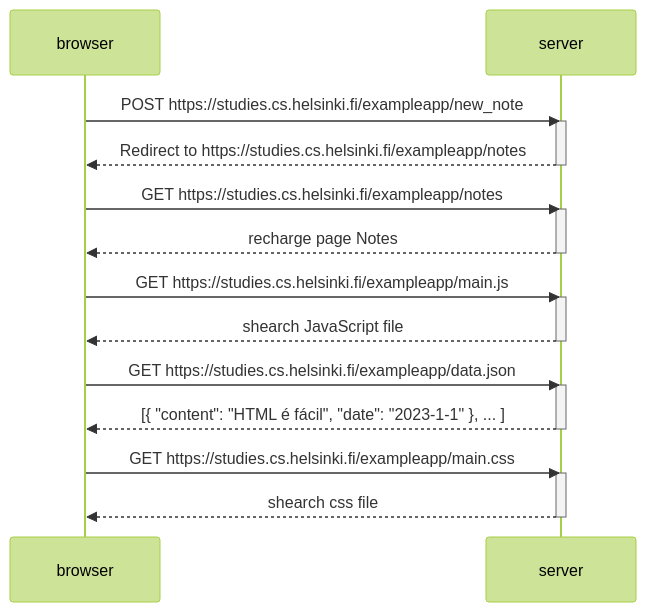
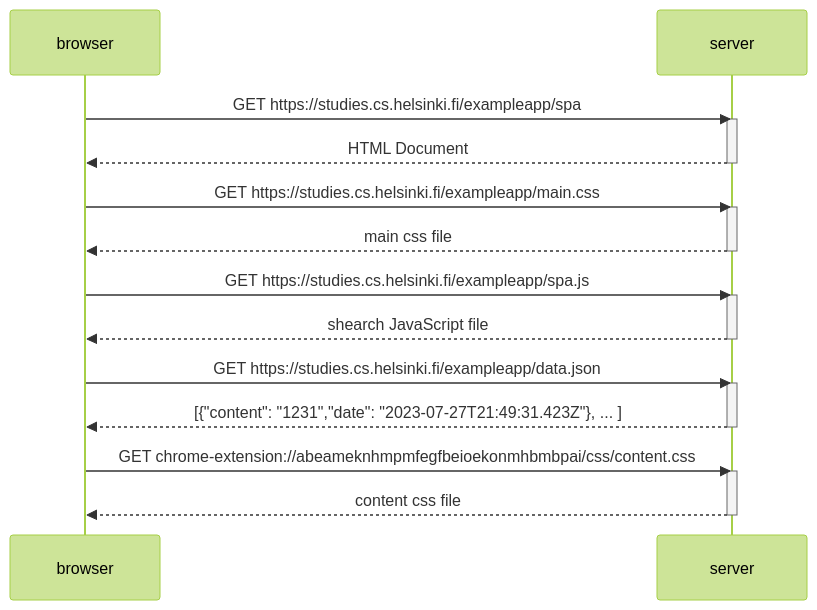
One commit to Lucas-b-o/Part-0 changed the diagram in .markdown. Above: the diagram before and after it, drawn with Mermaid (forest theme).

````diff
--- a/.markdown
+++ b/.markdown
@@ -1,30 +1,30 @@
 ```mermaid
 sequenceDiagram
     participant browser
     participant server
 
-    browser->>server: POST https://studies.cs.helsinki.fi/exampleapp/new_note
+    browser->>server: GET https://studies.cs.helsinki.fi/exampleapp/spa
     activate server
-    server-->>browser: Redirect to https://studies.cs.helsinki.fi/exampleapp/notes
+    server-->>browser: HTML Document
     deactivate server
 
-    browser->>server: GET https://studies.cs.helsinki.fi/exampleapp/notes
+    browser->>server: GET https://studies.cs.helsinki.fi/exampleapp/main.css
     activate server
-    server-->>browser: recharge page Notes
+    server-->>browser: main css file
     deactivate server
 
-    browser->>server: GET https://studies.cs.helsinki.fi/exampleapp/main.js
+    browser->>server: GET https://studies.cs.helsinki.fi/exampleapp/spa.js
     activate server
     server-->>browser: shearch JavaScript file
     deactivate server
 
     browser->>server: GET https://studies.cs.helsinki.fi/exampleapp/data.json
     activate server
-    server-->>browser: [{ "content": "HTML é fácil", "date": "2023-1-1" }, ... ]
+    server-->>browser: [{"content": "1231","date": "2023-07-27T21:49:31.423Z"}, ... ]
     deactivate server
 
-    browser->>server: GET https://studies.cs.helsinki.fi/exampleapp/main.css
+    browser->>server: GET chrome-extension://abeameknhmpmfegfbeioekonmhbmbpai/css/content.css
     activate server
-    server-->>browser: shearch css file
+    server-->>browser: content css file
     deactivate server
 ```
````
